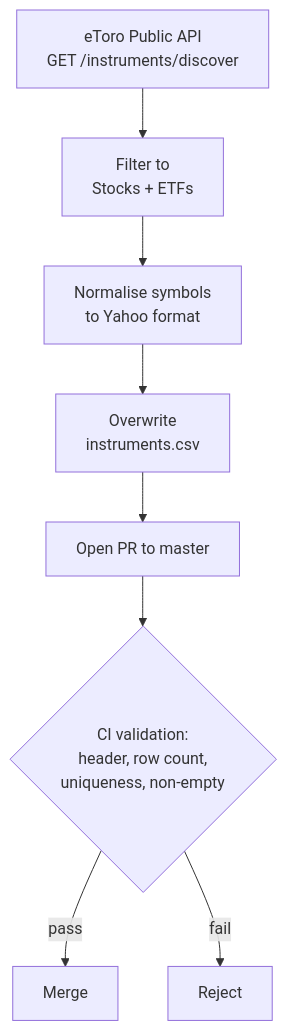
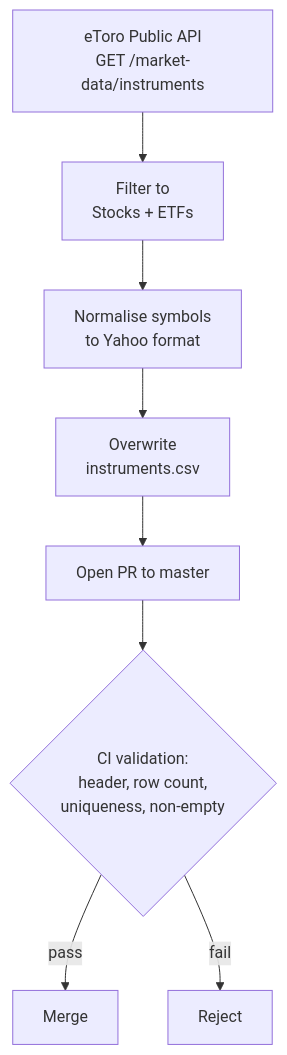
The diagram in README.md (weirdapps/etoro_tickers), drawn with Mermaid before and after one commit. The commit also changed other lines of this file and 1 other file, not shown here.

````diff
--- a/README.md
+++ b/README.md
@@ -113,10 +132,10 @@
 ```mermaid
 flowchart TD
-    A[eToro Public API<br/>GET /instruments/discover] --> B[Filter to<br/>Stocks + ETFs]
+    A[eToro Public API<br/>GET /market-data/instruments] --> B[Filter to<br/>Stocks + ETFs]
     B --> C[Normalise symbols<br/>to Yahoo format]
     C --> D[Overwrite<br/>instruments.csv]
     D --> E[Open PR to master]
     E --> F{CI validation:<br/>header, row count,<br/>uniqueness, non-empty}
     F -->|pass| G[Merge]
     F -->|fail| H[Reject]
 ```
````
